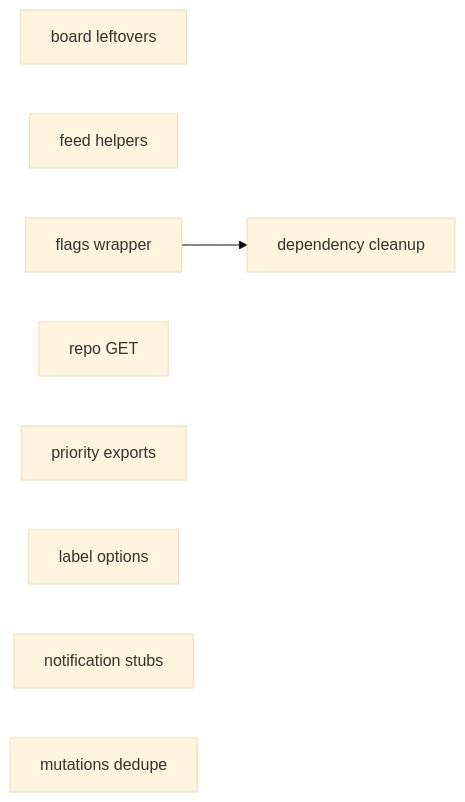
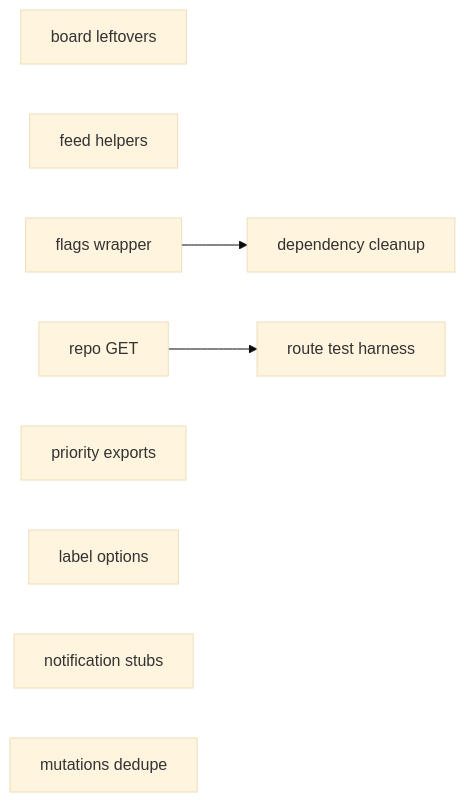
Before and after one commit to t128n/funnel: the first of 2 diagrams in docs/plans/2026-10-23-leanness-cuts.md, drawn with Mermaid (base theme). The commit also changed other lines of this file, not shown here.

Commit message:
docs(plan): add T70 route-test follow-up from package review

````diff
--- a/docs/plans/2026-10-23-leanness-cuts.md
+++ b/docs/plans/2026-10-23-leanness-cuts.md
@@ -29,14 +29,16 @@
 ```mermaid
 flowchart LR
   T61[board leftovers]
   T62[feed helpers]
   T63[flags wrapper]
   T64[repo GET]
   T65[priority exports]
   T66[label options]
   T67[notification stubs]
   T68[dependency cleanup]
   T69[mutations dedupe]
+  T70[route test harness]
   %% taskgraph
   T63 --> T68
+  T64 --> T70
 ```
````
